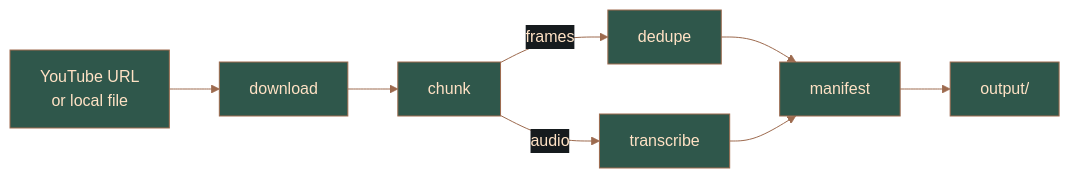
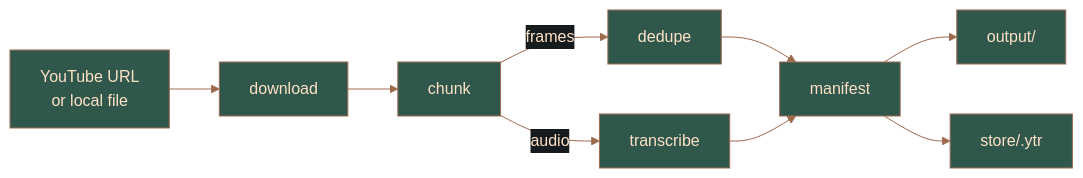
The diagram in README.md (DeanT-04/ai-watching-youtube), drawn with Mermaid before and after one commit. The commit also changed other lines of this file and 14 other files, not shown here.

First line of the commit message:
Auto-pack .ytr store in all + agent query interface (dump/query/frame)

````diff
--- a/README.md
+++ b/README.md
@@ -82,11 +108,12 @@
 ```mermaid
 %%{init: {"theme": "base", "themeVariables": {"background": "#161b1e", "primaryColor": "#2f574b", "primaryTextColor": "#ffe2c5", "primaryBorderColor": "#9d6a4e", "lineColor": "#9d6a4e", "fontSize": "16px", "edgeLabelBackground": "#161b1e"}}}%%
 flowchart LR
     URL["YouTube URL<br/>or local file"] --> DL["download"]
     DL --> CH["chunk"]
     CH -->|frames| DE["dedupe"]
     CH -->|audio| TR["transcribe"]
     DE --> MA["manifest"]
     TR --> MA
     MA --> OUT["output/"]
+    MA --> ST["store/<id>.ytr"]
 ```
````
